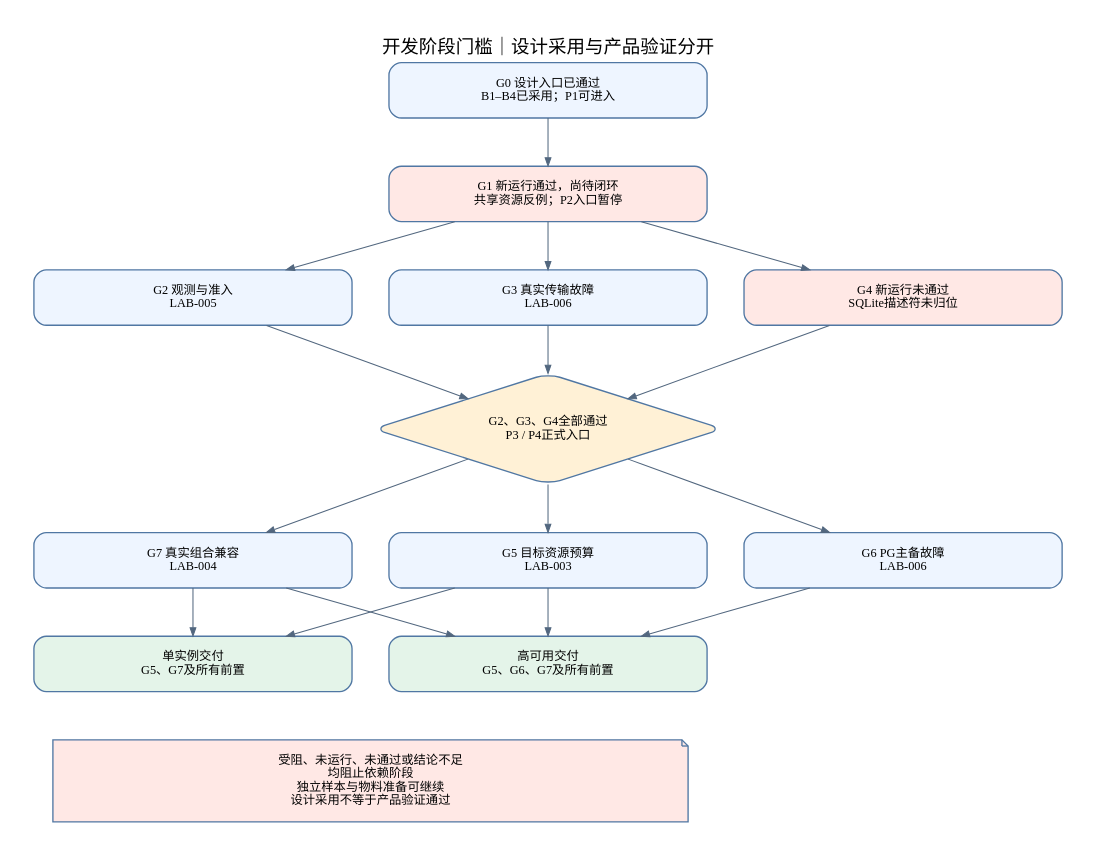
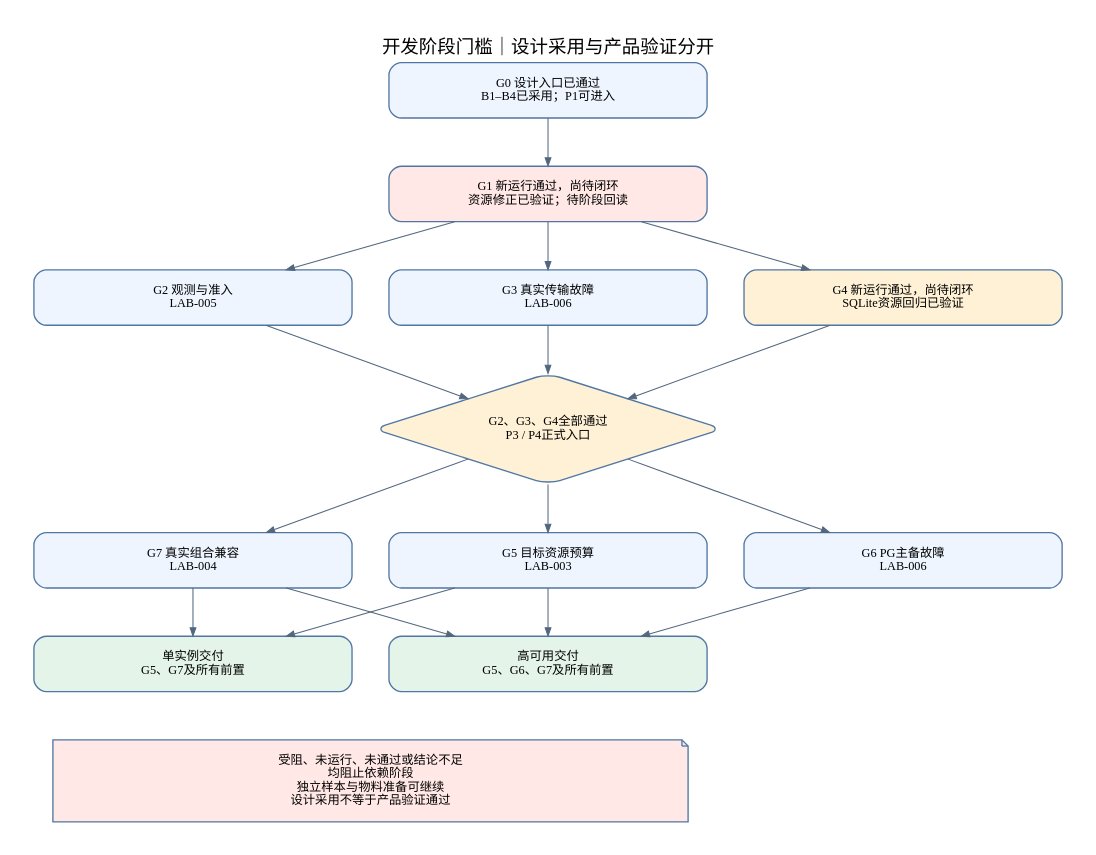
Before and after one commit to wyw-ai/loom-oi: the diagram in docs/architecture/diagrams/v0.7/06-delivery-dependencies.dot, drawn with Graphviz. The commit also changed 48 other files, not shown here.

```diff
--- a/docs/architecture/diagrams/v0.7/06-delivery-dependencies.dot
+++ b/docs/architecture/diagrams/v0.7/06-delivery-dependencies.dot
@@ -1,23 +1,23 @@
 digraph G {
 graph [bgcolor="white",pad="0.35",nodesep="0.5",ranksep="0.65",fontname="Noto Sans SC",fontsize=18,labelloc="t",splines=polyline];
 node [shape=box,style="rounded,filled",fillcolor="#eef5ff",color="#5077a3",fontname="Noto Sans SC",fontsize=12,width=4.3,margin="0.35,0.2",penwidth=1.3];
 edge [color="#52677f",fontname="Noto Sans SC",fontsize=10,arrowsize=0.8];
 rankdir=TB;label="开发阶段门槛｜设计采用与产品验证分开";
  g0[label="G0 设计入口已通过\nB1–B4已采用；P1可进入"];
- g1[label="G1 新运行通过，尚待闭环\n共享资源反例；P2入口暂停",fillcolor="#ffe8e5"];
+ g1[label="G1 新运行通过，尚待闭环\n资源修正已验证；待阶段回读",fillcolor="#ffe8e5"];
  g2[label="G2 观测与准入\nLAB-005"];
  g3[label="G3 真实传输故障\nLAB-006"];
- g4[label="G4 新运行未通过\nSQLite描述符未归位",fillcolor="#ffe8e5"];
+ g4[label="G4 新运行通过，尚待闭环\nSQLite资源回归已验证",fillcolor="#fff1d6"];
  gate[label="G2、G3、G4全部通过\nP3 / P4正式入口",shape=diamond,fillcolor="#fff1d6"];
  g5[label="G5 目标资源预算\nLAB-003"];
  g6[label="G6 PG主备故障\nLAB-006"];
  g7[label="G7 真实组合兼容\nLAB-004"];
  single[label="单实例交付\nG5、G7及所有前置",fillcolor="#e4f4e9"];
  ha[label="高可用交付\nG5、G6、G7及所有前置",fillcolor="#e4f4e9"];
  g0->g1;g1->g2;g1->g3;g1->g4;{rank=same;g2;g3;g4;}
  g2->gate;g3->gate;g4->gate;gate->g5;gate->g6;gate->g7;{rank=same;g5;g6;g7;}
  g5->single;g7->single;g5->ha;g6->ha;g7->ha;
  note[label="受阻、未运行、未通过或结论不足\n均阻止依赖阶段\n独立样本与物料准备可继续\n设计采用不等于产品验证通过",width=8.6,shape=note,fillcolor="#ffe8e5"];
  single->note[style=invis];ha->note[style=invis];
 
 }
```
